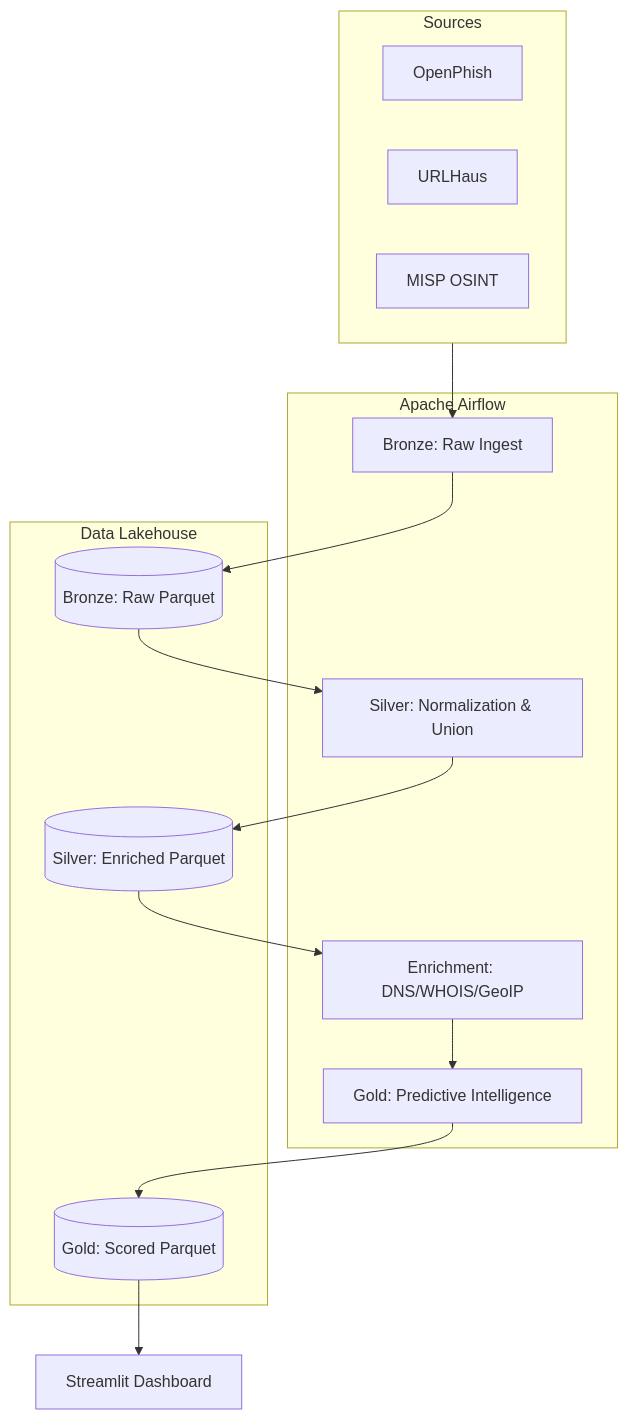
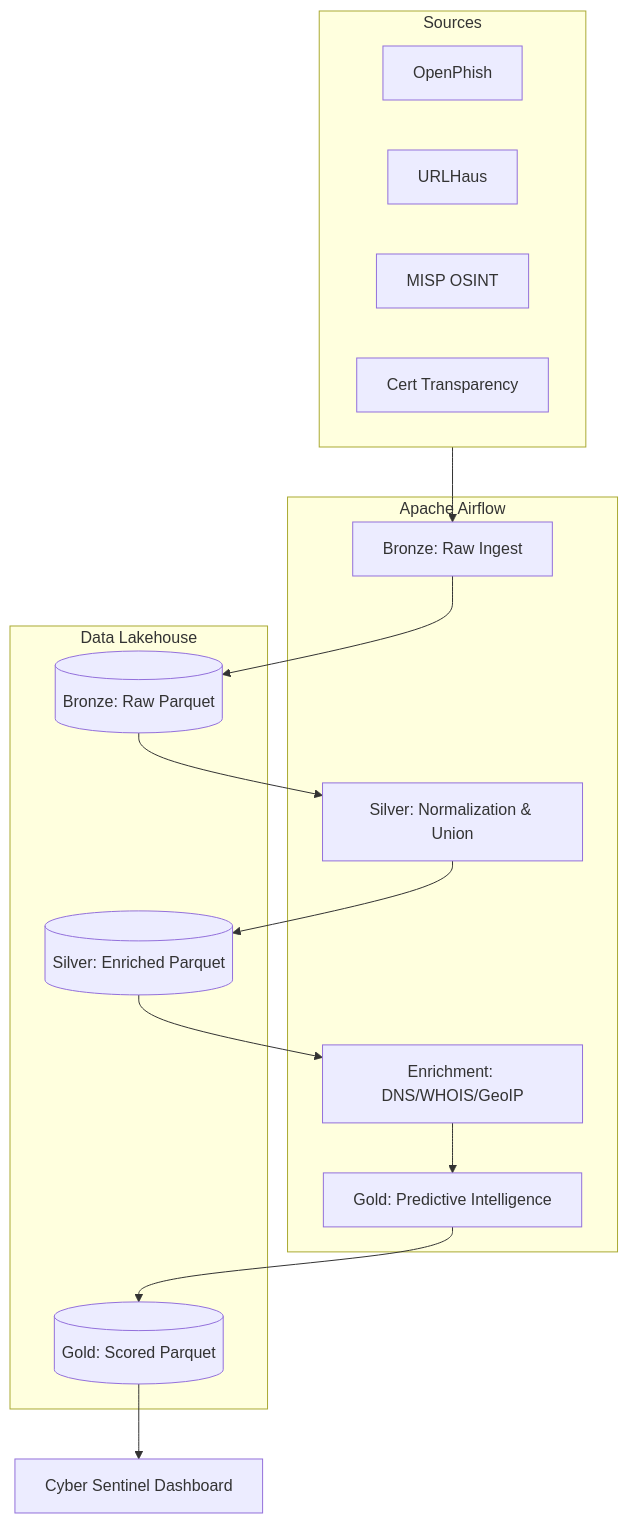
Before and after one commit to mohanasundaramm1/PhantomEye: the diagram in README.md, drawn with Mermaid. The commit also changed other lines of this file and 2 other files, not shown here.

Commit message:
docs: update README with Gold Layer and Cyber Sentinel features

````diff
--- a/README.md
+++ b/README.md
@@ -22,30 +22,31 @@
 ```mermaid
 graph TD
     subgraph Sources
         OP[OpenPhish]
         UH[URLHaus]
         MI[MISP OSINT]
+        CT[Cert Transparency]
     end
 
     subgraph Orchestration [Apache Airflow]
         B[Bronze: Raw Ingest]
         S[Silver: Normalization & Union]
         E[Enrichment: DNS/WHOIS/GeoIP]
         G[Gold: Predictive Intelligence]
     end
 
     subgraph Storage [Data Lakehouse]
         P1[(Bronze: Raw Parquet)]
         P2[(Silver: Enriched Parquet)]
         P3[(Gold: Scored Parquet)]
     end
 
     Sources --> B
     B --> P1
     P1 --> S
     S --> P2
     P2 --> E
     E --> G
     G --> P3
-    P3 --> Dash[Streamlit Dashboard]
+    P3 --> Dash[Cyber Sentinel Dashboard]
 ```
````
